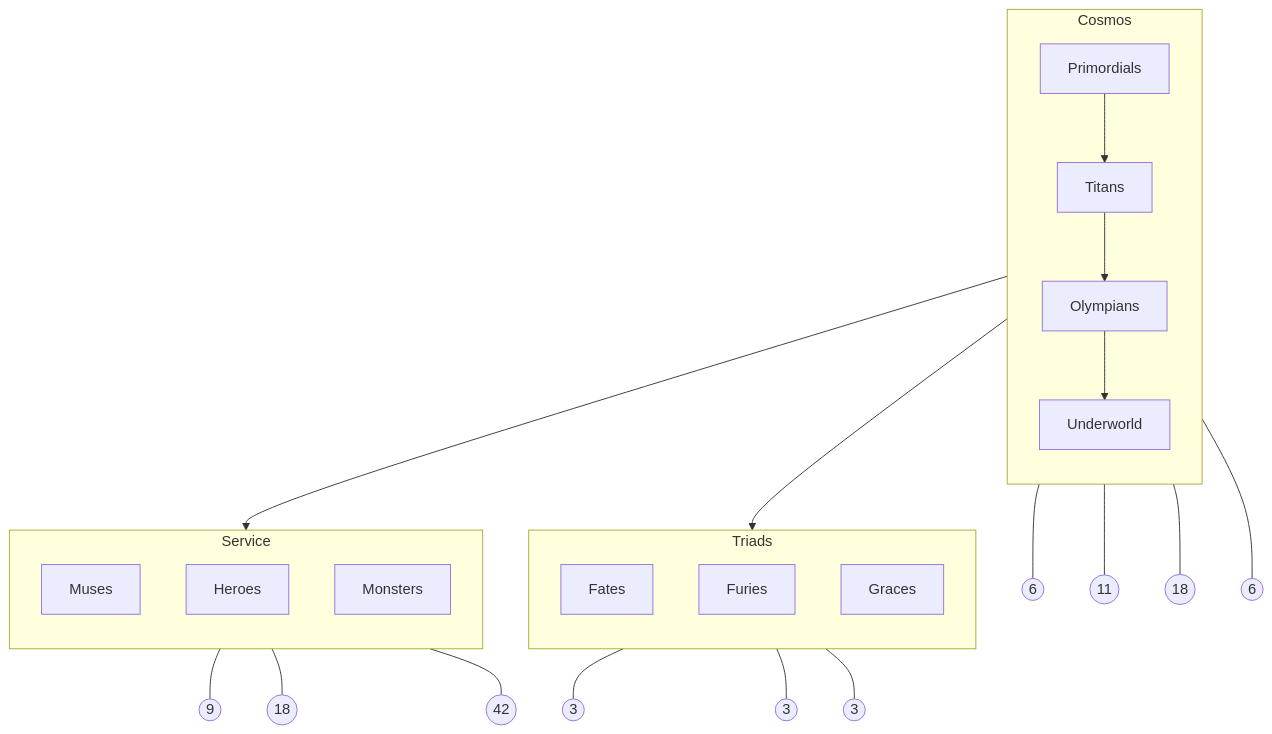
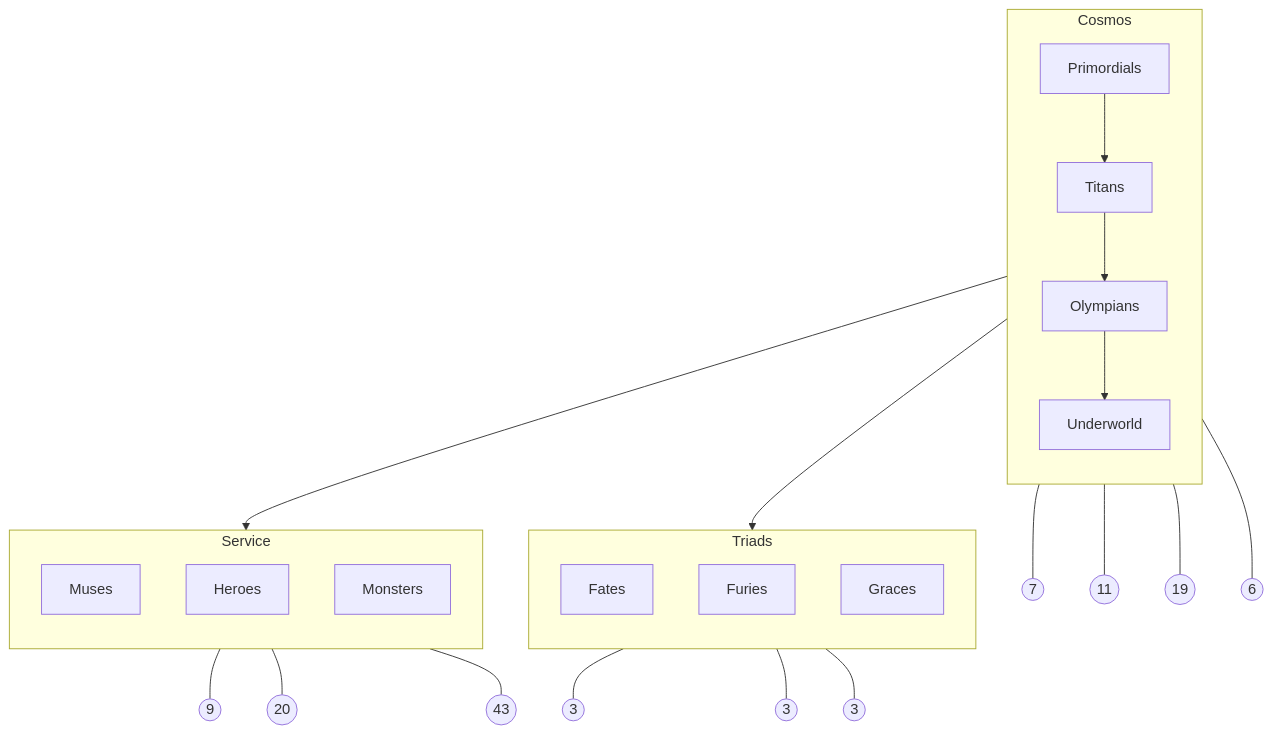
Before and after one commit to EgorKhaklin/olympus-ai: the second of 2 diagrams in codex/ARCHITECTURE.md, drawn with Mermaid. The commit also changed other lines of this file and 80 other files, not shown here.

````diff
--- a/codex/ARCHITECTURE.md
+++ b/codex/ARCHITECTURE.md
@@ -297,42 +297,42 @@
 ```mermaid
 %% Tier map — generated by Daedalus.
 flowchart TB
 
     subgraph Cosmos
         direction TB
         Primordials[Primordials]
         Titans[Titans]
         Olympians[Olympians]
         Underworld[Underworld]
     end
 
     subgraph Triads
         direction TB
         Fates[Fates]
         Furies[Furies]
         Graces[Graces]
     end
 
     subgraph Service
         direction TB
         Muses[Muses]
         Heroes[Heroes]
         Monsters[Monsters]
     end
 
     Primordials --> Titans --> Olympians
     Olympians --> Underworld
     Olympians --> Triads
     Olympians --> Service
 
-    Primordials --- PrimordialsCount((6))
+    Primordials --- PrimordialsCount((7))
     Titans --- TitansCount((11))
-    Olympians --- OlympiansCount((18))
+    Olympians --- OlympiansCount((19))
     Underworld --- UnderworldCount((6))
     Fates --- FatesCount((3))
     Furies --- FuriesCount((3))
     Graces --- GracesCount((3))
     Muses --- MusesCount((9))
-    Heroes --- HeroesCount((18))
-    Monsters --- MonstersCount((42))
+    Heroes --- HeroesCount((20))
+    Monsters --- MonstersCount((43))
 ```
````
